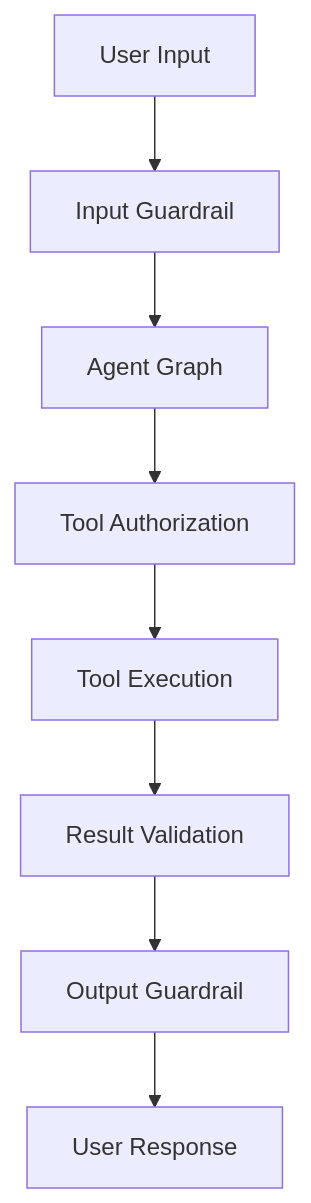
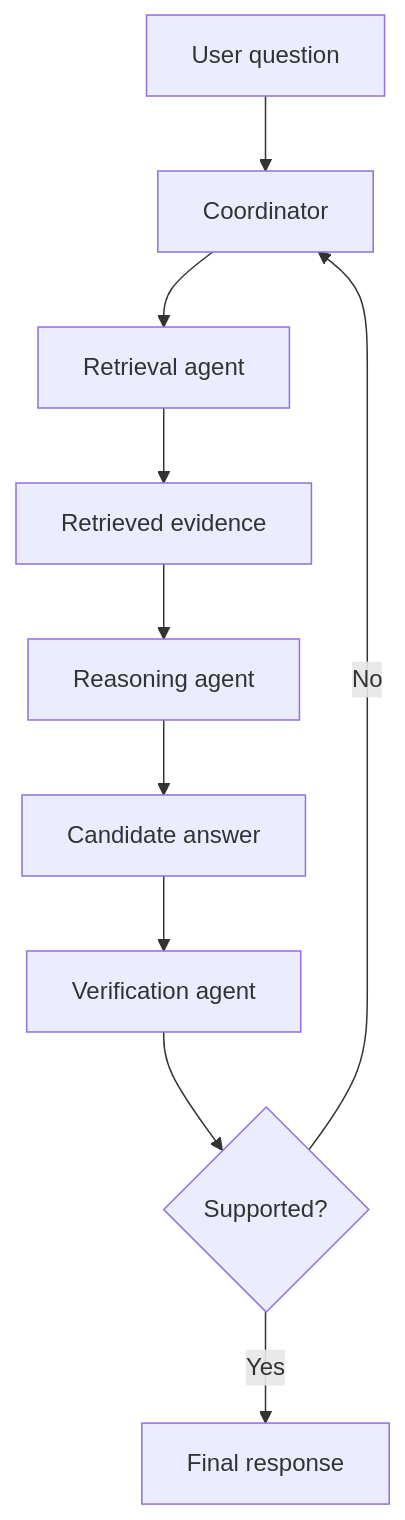
One commit to MihirKJha/enterprise-ai-engineering-handbook changed the seventh of 8 diagrams in docs/08-ai-engineering-frameworks/langgraph/18-graph-based-agent-architecture.md. Above: the diagram before and after it, drawn with Mermaid. The commit also changed other lines of this file and 10 other files, not shown here.

````diff
--- a/docs/08-ai-engineering-frameworks/langgraph/18-graph-based-agent-architecture.md
+++ b/docs/08-ai-engineering-frameworks/langgraph/18-graph-based-agent-architecture.md
@@ -1107,17 +255,12 @@
 ```mermaid
-flowchart TB
-
-    A[User Input] --> B[Input Guardrail]
-
-    B --> C[Agent Graph]
-
-    C --> D[Tool Authorization]
-
-    D --> E[Tool Execution]
-
-    E --> F[Result Validation]
-
-    F --> G[Output Guardrail]
-
-    G --> H[User Response]
+flowchart TD
+    U[User question] --> C[Coordinator]
+    C --> R[Retrieval agent]
+    R --> E[Retrieved evidence]
+    E --> A[Reasoning agent]
+    A --> D[Candidate answer]
+    D --> V[Verification agent]
+    V --> Q{Supported?}
+    Q -->|No| C
+    Q -->|Yes| F[Final response]
 ```
````
